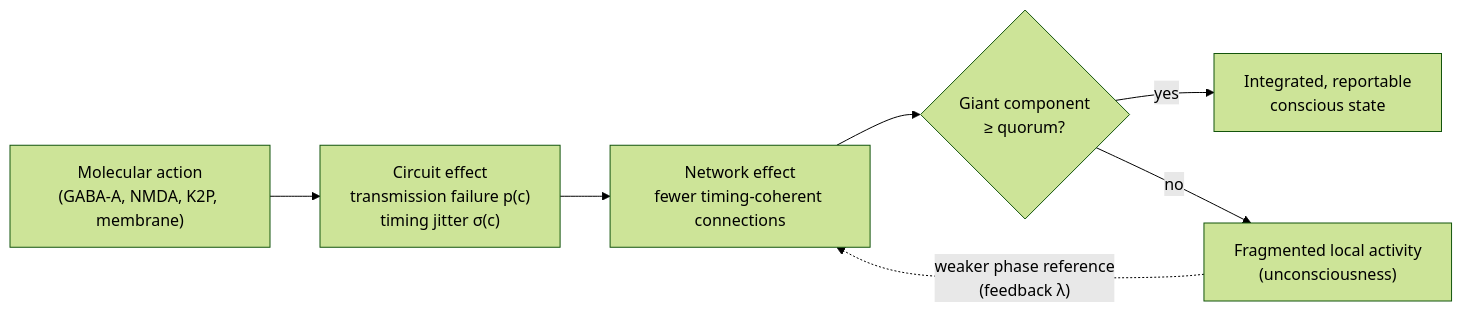
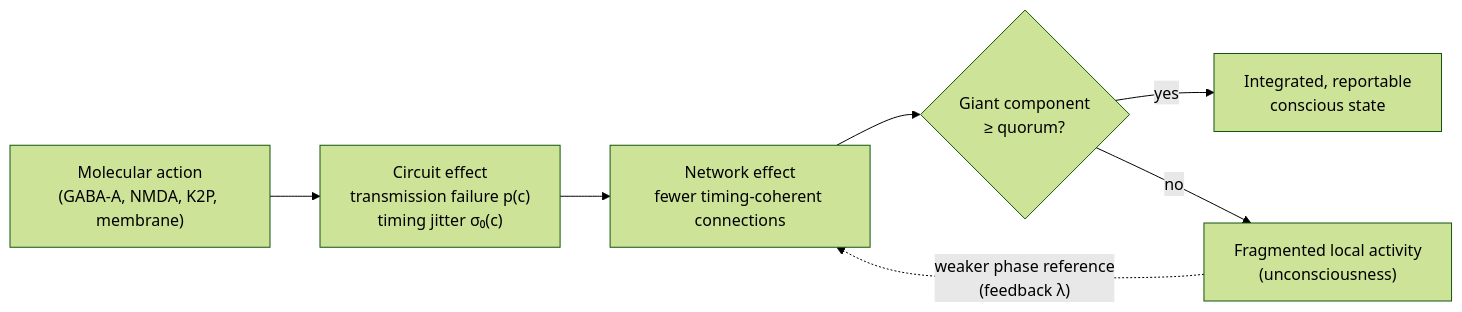
The diagram in README.md (DrGabriel/neuroscience), drawn with Mermaid (forest theme) before and after one commit. The commit also changed other lines of this file and 5 other files, not shown here.

````diff
--- a/README.md
+++ b/README.md
@@ -13,9 +13,9 @@
 ```mermaid
 flowchart LR
-    A["Molecular action<br/>(GABA-A, NMDA, K2P, membrane)"] --> B["Circuit effect<br/>transmission failure p(c)<br/>timing jitter σ(c)"]
+    A["Molecular action<br/>(GABA-A, NMDA, K2P, membrane)"] --> B["Circuit effect<br/>transmission failure p(c)<br/>timing jitter σ₀(c)"]
     B --> C["Network effect<br/>fewer timing-coherent connections"]
     C --> D{"Giant component<br/>≥ quorum?"}
     D -- yes --> E["Integrated, reportable<br/>conscious state"]
     D -- no --> F["Fragmented local activity<br/>(unconsciousness)"]
     F -. "weaker phase reference<br/>(feedback λ)" .-> C
 ```
````
